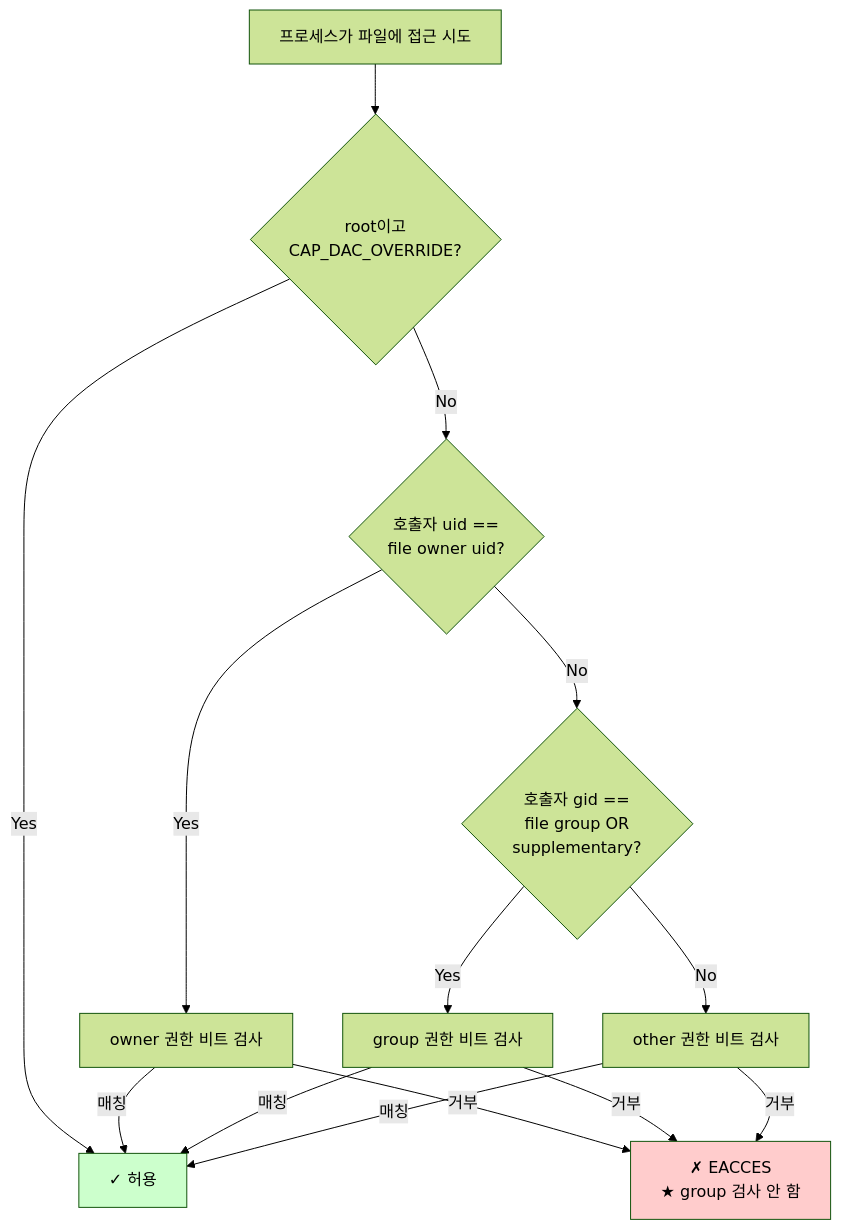
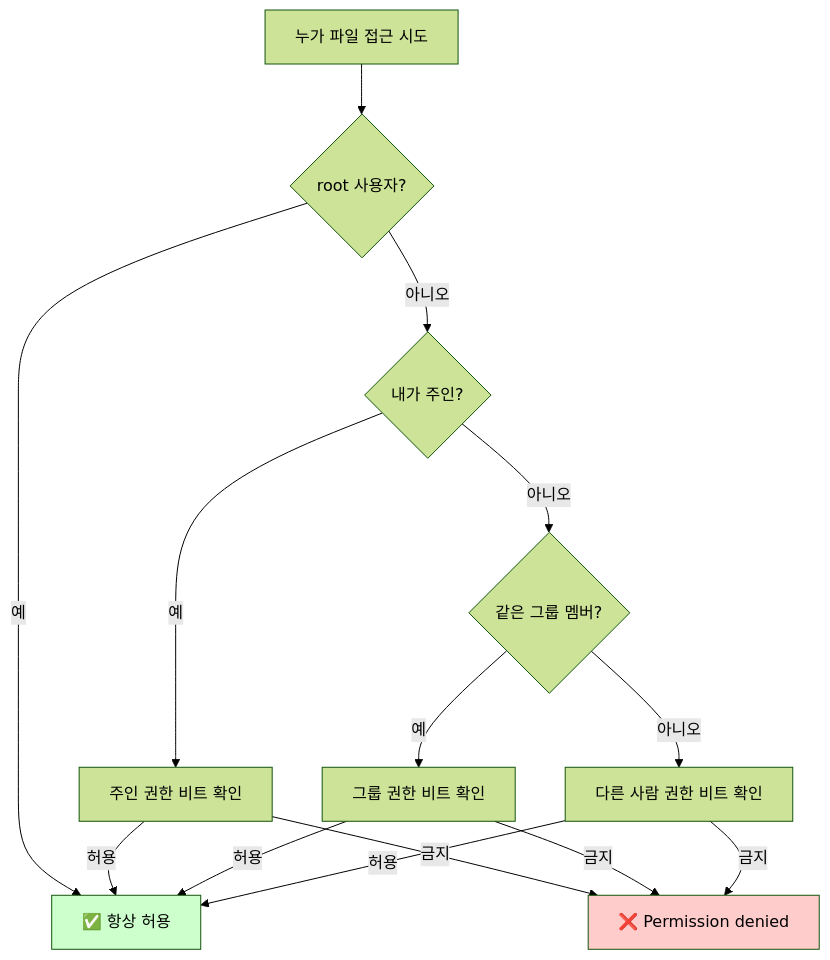
One commit to codewhite7777/codyssey_notes changed the third of 3 diagrams in codyssey_b1_1_study/file-permissions.md. Above: the diagram before and after it, drawn with Mermaid (forest theme). The commit also changed other lines of this file, not shown here.

````diff
--- a/codyssey_b1_1_study/file-permissions.md
+++ b/codyssey_b1_1_study/file-permissions.md
@@ -58,19 +216,19 @@
 ```mermaid
 flowchart TD
-    A[프로세스가 파일에 접근 시도] --> B{root이고<br/>CAP_DAC_OVERRIDE?}
-    B -->|Yes| Z1[✓ 허용]
-    B -->|No| C{호출자 uid ==<br/>file owner uid?}
-    C -->|Yes| D[owner 권한 비트 검사]
-    D -->|매칭| Z1
-    D -->|거부| Z2[✗ EACCES<br/>★ group 검사 안 함]
-    C -->|No| E{호출자 gid ==<br/>file group OR<br/>supplementary?}
-    E -->|Yes| F[group 권한 비트 검사]
-    F -->|매칭| Z1
-    F -->|거부| Z2
-    E -->|No| G[other 권한 비트 검사]
-    G -->|매칭| Z1
-    G -->|거부| Z2
+    A[누가 파일 접근 시도] --> B{root 사용자?}
+    B -->|예| OK[✅ 항상 허용]
+    B -->|아니오| C{내가 주인?}
+    C -->|예| D[주인 권한 비트 확인]
+    D -->|허용| OK
+    D -->|금지| NO[❌ Permission denied]
+    C -->|아니오| E{같은 그룹 멤버?}
+    E -->|예| F[그룹 권한 비트 확인]
+    F -->|허용| OK
+    F -->|금지| NO
+    E -->|아니오| G[다른 사람 권한 비트 확인]
+    G -->|허용| OK
+    G -->|금지| NO
 
-    style Z1 fill:#ccffcc
-    style Z2 fill:#ffcccc
+    style OK fill:#ccffcc
+    style NO fill:#ffcccc
 ```
````
